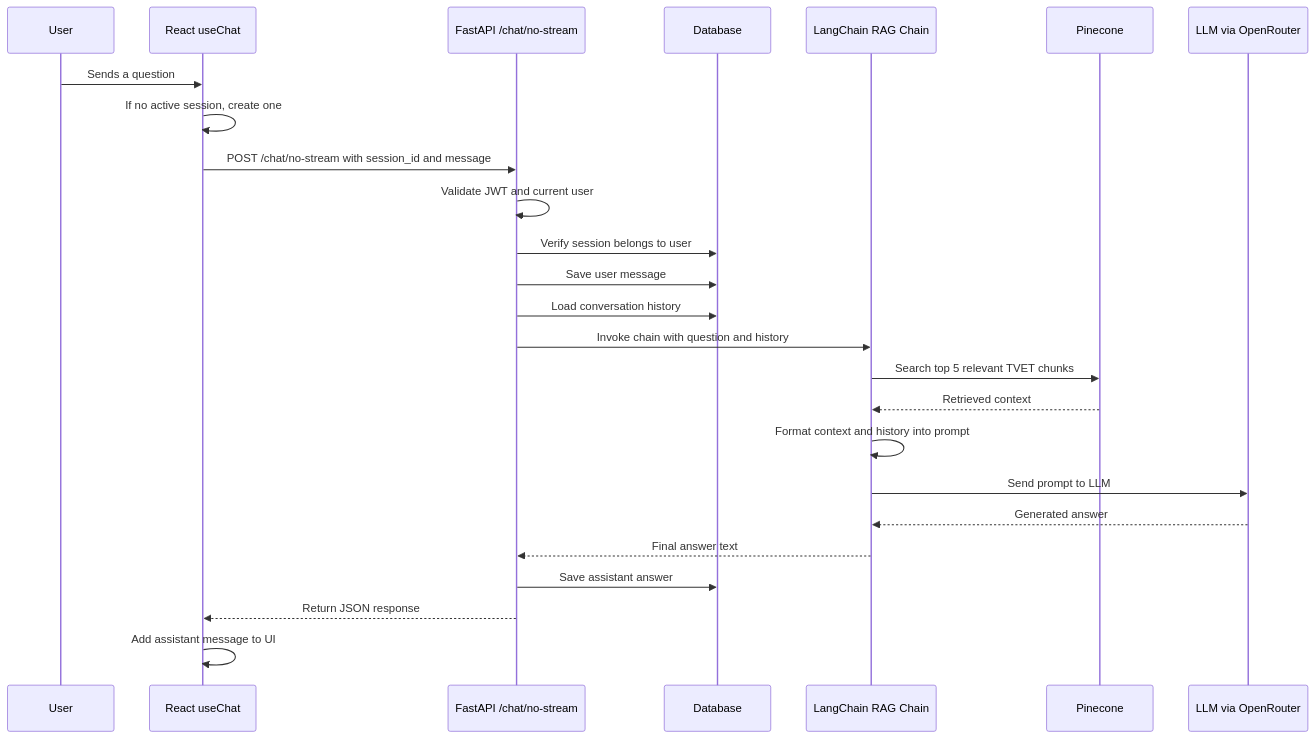
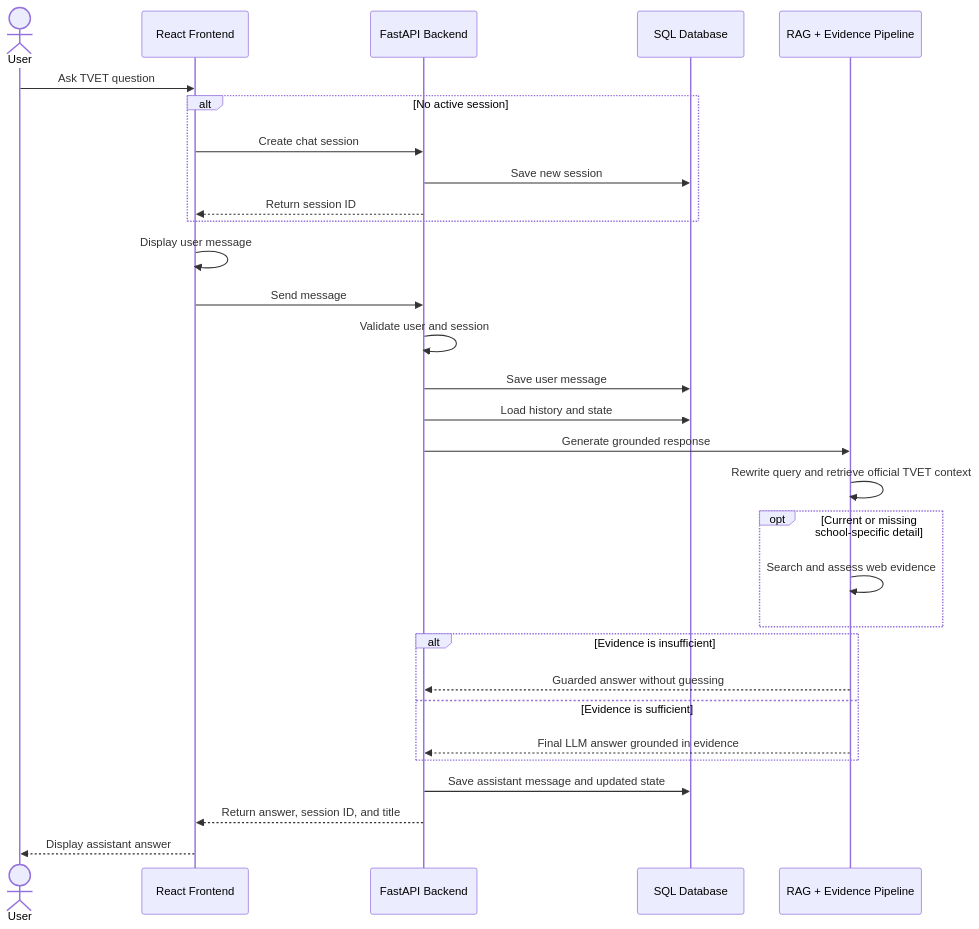
Before and after one commit to BunkhloemPEL/tvet-chatbot: the fourth of 6 diagrams in PROJECT_DOCUMENTATION.md, drawn with Mermaid. The commit also changed other lines of this file and 14 other files, not shown here.

Commit message:
Add Chat session Title

````diff
--- a/PROJECT_DOCUMENTATION.md
+++ b/PROJECT_DOCUMENTATION.md
@@ -378,28 +458,41 @@
 ```mermaid
+%%{init: {"themeVariables": {"fontSize": "18px"}, "themeCSS": ".nodeLabel, .edgeLabel, .label, .actor, .messageText, .loopText { font-weight: 700 !important; }"}}%%
 sequenceDiagram
-    participant U as User
-    participant F as React useChat
-    participant C as FastAPI /chat/no-stream
-    participant DB as Database
-    participant R as LangChain RAG Chain
-    participant P as Pinecone
-    participant L as LLM via OpenRouter
+    actor U as User
+    participant F as React Frontend
+    participant B as FastAPI Backend
+    participant DB as SQL Database
+    participant AI as RAG + Evidence Pipeline
 
-    U->>F: Sends a question
-    F->>F: If no active session, create one
-    F->>C: POST /chat/no-stream with session_id and message
-    C->>C: Validate JWT and current user
-    C->>DB: Verify session belongs to user
-    C->>DB: Save user message
-    C->>DB: Load conversation history
-    C->>R: Invoke chain with question and history
-    R->>P: Search top 5 relevant TVET chunks
-    P-->>R: Retrieved context
-    R->>R: Format context and history into prompt
-    R->>L: Send prompt to LLM
-    L-->>R: Generated answer
-    R-->>C: Final answer text
-    C->>DB: Save assistant answer
-    C-->>F: Return JSON response
-    F->>F: Add assistant message to UI
+    U->>F: Ask TVET question
+
+    alt No active session
+        F->>B: Create chat session
+        B->>DB: Save new session
+        B-->>F: Return session ID
+    end
+
+    F->>F: Display user message
+    F->>B: Send message
+
+    B->>B: Validate user and session
+    B->>DB: Save user message
+    B->>DB: Load history and state
+
+    B->>AI: Generate grounded response
+    AI->>AI: Rewrite query and retrieve official TVET context
+
+    opt Current or missing school-specific detail
+        AI->>AI: Search and assess web evidence
+    end
+
+    alt Evidence is insufficient
+        AI-->>B: Guarded answer without guessing
+    else Evidence is sufficient
+        AI-->>B: Final LLM answer grounded in evidence
+    end
+
+    B->>DB: Save assistant message and updated state
+    B-->>F: Return answer, session ID, and title
+    F-->>U: Display assistant answer
 ```
````
